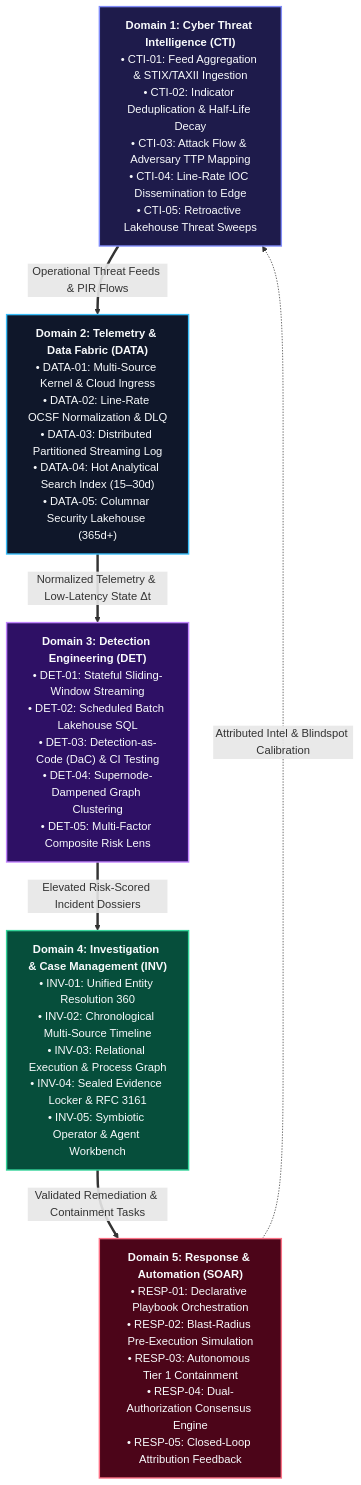
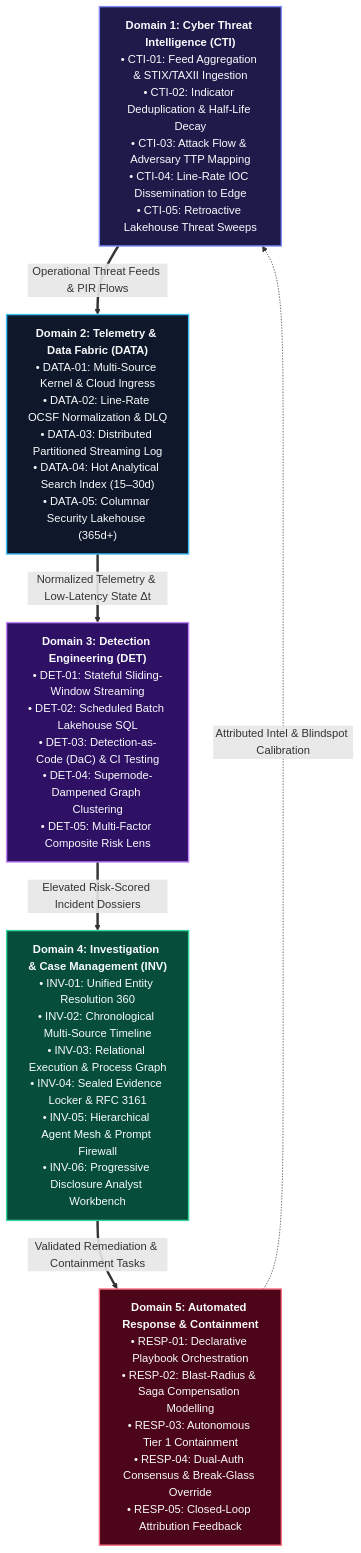
Before and after one commit to Haribu/TIDIR: the diagram in docs/architecture/02-capability-model.md, drawn with Mermaid. The commit also changed other lines of this file and 34 other files, not shown here.

Commit message:
feat(ai): add AI Orchestration Plane, ADR 0012, Utility-Trust-Cost Triad, and purge legacy SOAR references

````diff
--- a/docs/architecture/02-capability-model.md
+++ b/docs/architecture/02-capability-model.md
@@ -11,25 +11,25 @@
 ```mermaid
 flowchart TB
   %% Class Definitions for High Contrast & Visual Clarity
   classDef cti fill:#1e1b4b,stroke:#818cf8,stroke-width:2px,color:#f8fafc;
   classDef data fill:#0f172a,stroke:#38bdf8,stroke-width:2px,color:#f8fafc;
   classDef det fill:#2e1065,stroke:#c084fc,stroke-width:2px,color:#f8fafc;
   classDef inv fill:#064e3b,stroke:#34d399,stroke-width:2px,color:#f8fafc;
   classDef resp fill:#4c0519,stroke:#fb7185,stroke-width:2px,color:#f8fafc;
 
   D1["<b>Domain 1: Cyber Threat Intelligence (CTI)</b><br/>• CTI-01: Feed Aggregation & STIX/TAXII Ingestion<br/>• CTI-02: Indicator Deduplication & Half-Life Decay<br/>• CTI-03: Attack Flow & Adversary TTP Mapping<br/>• CTI-04: Line-Rate IOC Dissemination to Edge<br/>• CTI-05: Retroactive Lakehouse Threat Sweeps"]:::cti
 
   D2["<b>Domain 2: Telemetry & Data Fabric (DATA)</b><br/>• DATA-01: Multi-Source Kernel & Cloud Ingress<br/>• DATA-02: Line-Rate OCSF Normalization & DLQ<br/>• DATA-03: Distributed Partitioned Streaming Log<br/>• DATA-04: Hot Analytical Search Index (15–30d)<br/>• DATA-05: Columnar Security Lakehouse (365d+)"]:::data
 
   D3["<b>Domain 3: Detection Engineering (DET)</b><br/>• DET-01: Stateful Sliding-Window Streaming<br/>• DET-02: Scheduled Batch Lakehouse SQL<br/>• DET-03: Detection-as-Code (DaC) & CI Testing<br/>• DET-04: Supernode-Dampened Graph Clustering<br/>• DET-05: Multi-Factor Composite Risk Lens"]:::det
 
-  D4["<b>Domain 4: Investigation & Case Management (INV)</b><br/>• INV-01: Unified Entity Resolution 360<br/>• INV-02: Chronological Multi-Source Timeline<br/>• INV-03: Relational Execution & Process Graph<br/>• INV-04: Sealed Evidence Locker & RFC 3161<br/>• INV-05: Symbiotic Operator & Agent Workbench"]:::inv
+  D4["<b>Domain 4: Investigation & Case Management (INV)</b><br/>• INV-01: Unified Entity Resolution 360<br/>• INV-02: Chronological Multi-Source Timeline<br/>• INV-03: Relational Execution & Process Graph<br/>• INV-04: Sealed Evidence Locker & RFC 3161<br/>• INV-05: Hierarchical Agent Mesh & Prompt Firewall<br/>• INV-06: Progressive Disclosure Analyst Workbench"]:::inv
 
-  D5["<b>Domain 5: Response & Automation (SOAR)</b><br/>• RESP-01: Declarative Playbook Orchestration<br/>• RESP-02: Blast-Radius Pre-Execution Simulation<br/>• RESP-03: Autonomous Tier 1 Containment<br/>• RESP-04: Dual-Authorization Consensus Engine<br/>• RESP-05: Closed-Loop Attribution Feedback"]:::resp
+  D5["<b>Domain 5: Automated Response & Containment</b><br/>• RESP-01: Declarative Playbook Orchestration<br/>• RESP-02: Blast-Radius & Saga Compensation Modelling<br/>• RESP-03: Autonomous Tier 1 Containment<br/>• RESP-04: Dual-Auth Consensus & Break-Glass Override<br/>• RESP-05: Closed-Loop Attribution Feedback"]:::resp
 
   D1 ==>|Operational Threat Feeds & PIR Flows| D2
   D2 ==>|Normalized Telemetry & Low-Latency State Δt| D3
   D3 ==>|Elevated Risk-Scored Incident Dossiers| D4
   D4 ==>|Validated Remediation & Containment Tasks| D5
   D5 -.->|Attributed Intel & Blindspot Calibration| D1
 ```
````
